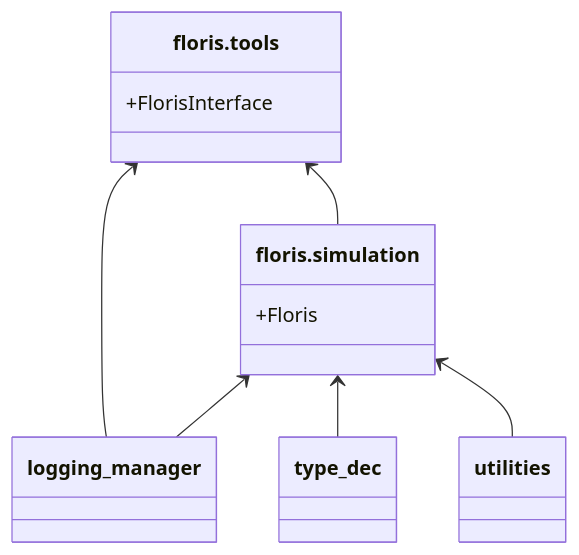
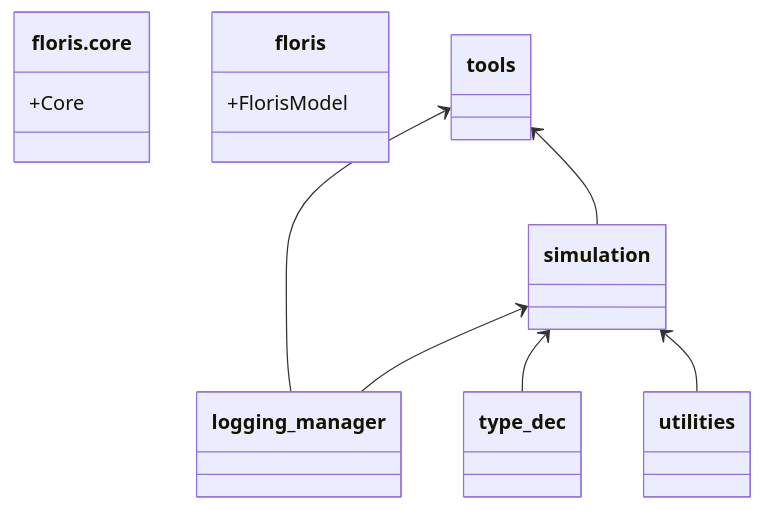
One commit to misi9170/floris changed the first of 2 diagrams in _sources/architecture.md. Above: the diagram before and after it, drawn with Mermaid. The commit also changed other lines of this file and 249 other files, not shown here.

````diff
--- a/_sources/architecture.md
+++ b/_sources/architecture.md
@@ -32,21 +32,21 @@
 ```{mermaid}
 classDiagram
 
-    class simulation["floris.simulation"] {
-        +Floris
+    class core["floris.core"] {
+        +Core
     }
 
-    class tools["floris.tools"] {
-        +FlorisInterface
+    class floris["floris"] {
+        +FlorisModel
     }
 
     class logging_manager
     class type_dec
     class utilities
 
     tools <-- logging_manager
     simulation <-- logging_manager
     simulation <-- type_dec
     simulation <-- utilities
     tools <-- simulation
 ```
````
